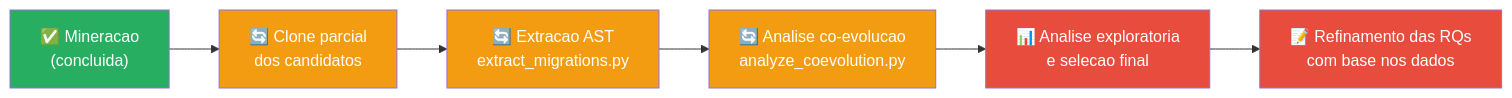
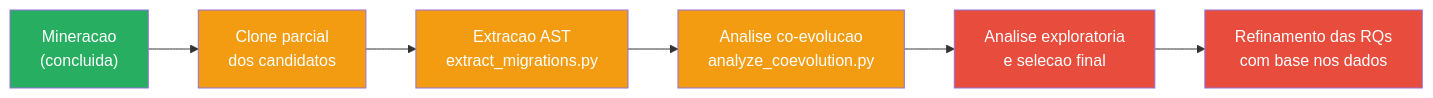
The seventh of 7 diagrams in docs/06-selecao-corpus.md (gabrielrochass/tcc-schema-code-evolution), drawn with Mermaid before and after one commit. The commit also changed other lines of this file and 3 other files, not shown here.

First line of the commit message:
docs: fill tema, add Mermaid diagrams, remove emojis

````diff
--- a/docs/06-selecao-corpus.md
+++ b/docs/06-selecao-corpus.md
@@ -225,15 +225,15 @@
 ```mermaid
 flowchart LR
-    A["✅ Mineracao\n(concluida)"] --> B["🔄 Clone parcial\ndos candidatos"]
-    B --> C["🔄 Extracao AST\nextract_migrations.py"]
-    C --> D["🔄 Analise co-evolucao\nanalyze_coevolution.py"]
-    D --> E["📊 Analise exploratoria\ne selecao final"]
-    E --> F["📝 Refinamento das RQs\ncom base nos dados"]
+    A["Mineracao\n(concluida)"] --> B["Clone parcial\ndos candidatos"]
+    B --> C["Extracao AST\nextract_migrations.py"]
+    C --> D["Analise co-evolucao\nanalyze_coevolution.py"]
+    D --> E["Analise exploratoria\ne selecao final"]
+    E --> F["Refinamento das RQs\ncom base nos dados"]
 
     style A fill:#27ae60,color:#fff
     style B fill:#f39c12,color:#fff
     style C fill:#f39c12,color:#fff
     style D fill:#f39c12,color:#fff
     style E fill:#e74c3c,color:#fff
     style F fill:#e74c3c,color:#fff
 ```
````
